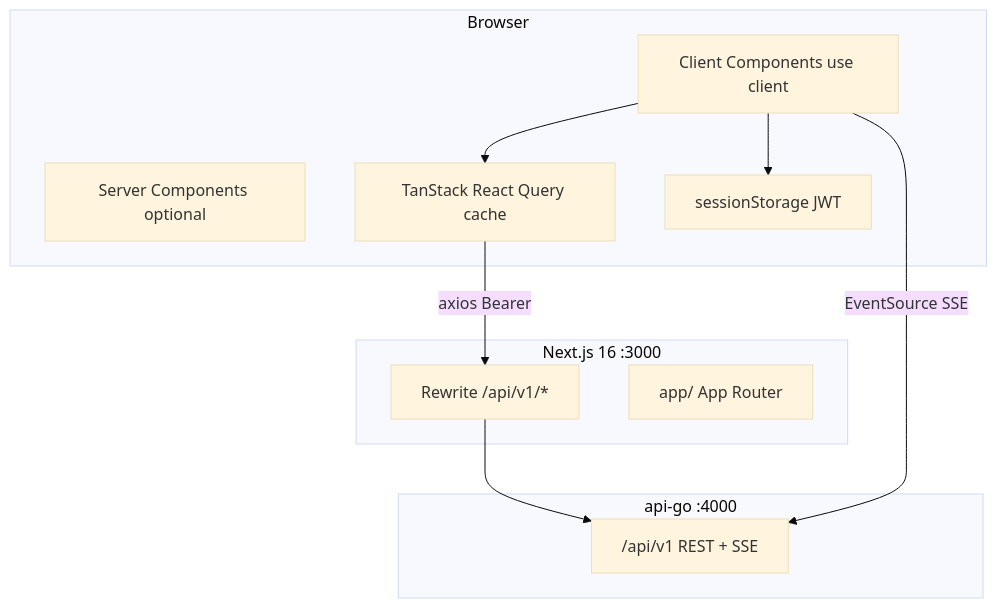
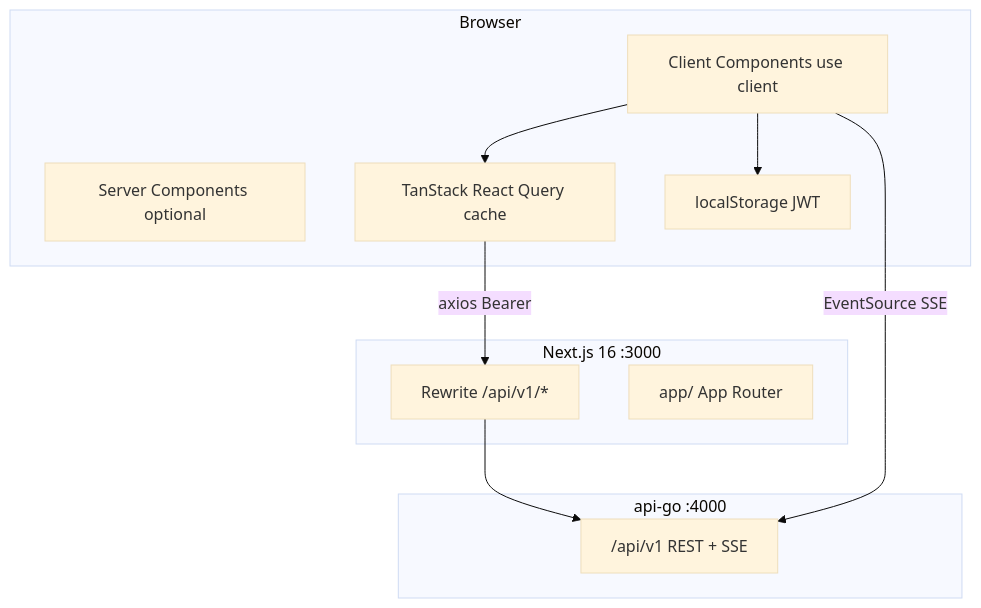
The first of 4 diagrams in DEVELOPER_DOCUMENTATION.md (vwijaya03/wabantu-web-frontend), drawn with Mermaid (base theme) before and after one commit. The commit also changed other lines of this file and 18 other files, not shown here.

````diff
--- a/DEVELOPER_DOCUMENTATION.md
+++ b/DEVELOPER_DOCUMENTATION.md
@@ -35,24 +35,24 @@
 ```mermaid
 flowchart TB
   subgraph browser [Browser]
     RSC["Server Components optional"]
     CC["Client Components use client"]
     RQ["TanStack React Query cache"]
-    SS["sessionStorage JWT"]
+    SS["localStorage JWT"]
   end
 
   subgraph next ["Next.js 16 :3000"]
     REW["Rewrite /api/v1/*"]
     PAGES["app/ App Router"]
   end
 
   subgraph api ["api-go :4000"]
     API["/api/v1 REST + SSE"]
   end
 
   CC --> SS
   CC --> RQ
   RQ -->|axios Bearer| REW
   REW --> API
   CC -->|EventSource SSE| API
 ```
````
